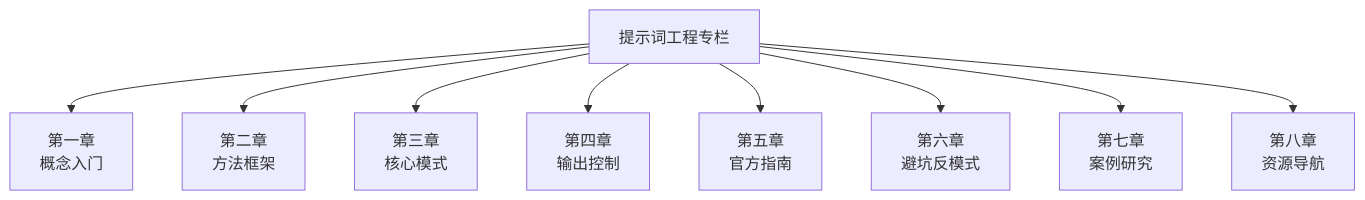
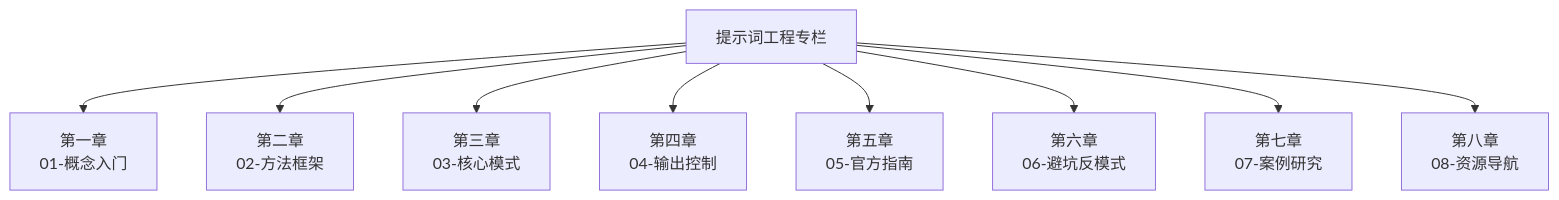
Before and after one commit to dantefung/nova-vault-studio: the diagram in docs/md/guide/ai/prompt-engineering/index.md, drawn with Mermaid. The commit also changed other lines of this file and 26 other files, not shown here.

````diff
--- a/docs/md/guide/ai/prompt-engineering/index.md
+++ b/docs/md/guide/ai/prompt-engineering/index.md
@@ -8,11 +8,11 @@
 ```mermaid
 graph TD
-    A[提示词工程专栏] --> B[第一章<br/>概念入门]
-    A --> C[第二章<br/>方法框架]
-    A --> D[第三章<br/>核心模式]
-    A --> E[第四章<br/>输出控制]
-    A --> F[第五章<br/>官方指南]
-    A --> G[第六章<br/>避坑反模式]
-    A --> H[第七章<br/>案例研究]
-    A --> I[第八章<br/>资源导航]
+    A[提示词工程专栏] --> B[第一章<br/>01-概念入门]
+    A --> C[第二章<br/>02-方法框架]
+    A --> D[第三章<br/>03-核心模式]
+    A --> E[第四章<br/>04-输出控制]
+    A --> F[第五章<br/>05-官方指南]
+    A --> G[第六章<br/>06-避坑反模式]
+    A --> H[第七章<br/>07-案例研究]
+    A --> I[第八章<br/>08-资源导航]
 ```
````
